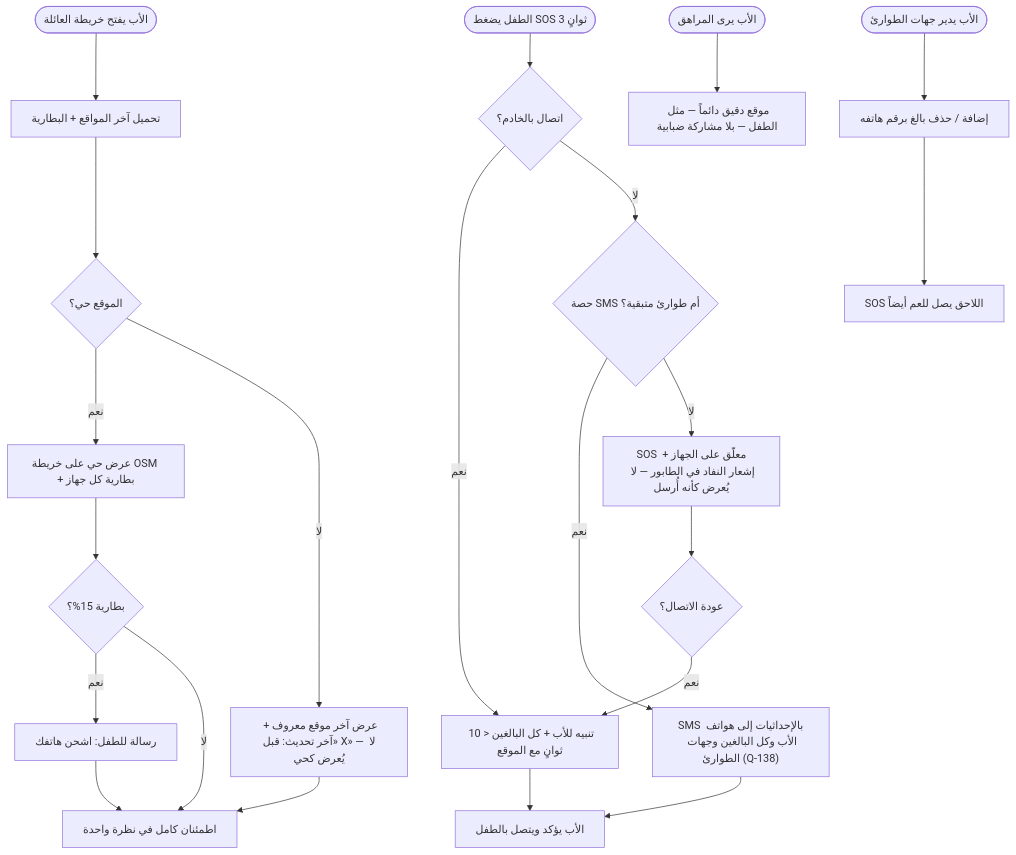
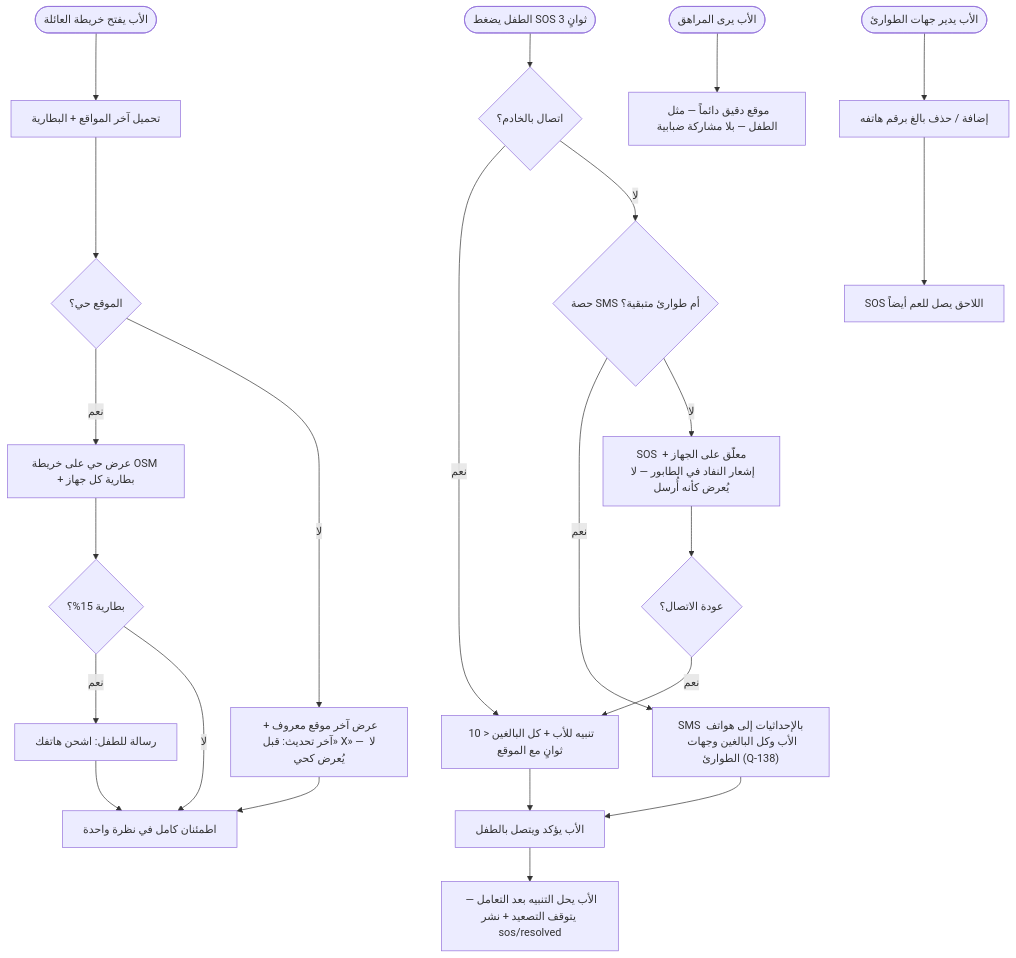
One commit to Bassam-mohammed-alqaeadi/family-os-v2 changed diagram 11 of 13 in docs/family-os/governance/phases/phase-1/S1-07-location-basic/DIAGRAMS.md. Above: the diagram before and after it, drawn with Mermaid. The commit also changed other lines of this file and 19 other files, not shown here.

````diff
--- a/docs/family-os/governance/phases/phase-1/S1-07-location-basic/DIAGRAMS.md
+++ b/docs/family-os/governance/phases/phase-1/S1-07-location-basic/DIAGRAMS.md
@@ -326,24 +360,25 @@
 ```mermaid
 flowchart TD
     Start([الأب يفتح خريطة العائلة]) --> Load[تحميل آخر المواقع + البطارية]
     Load --> Fresh{الموقع حي؟}
     Fresh -->|نعم| Live[عرض حي على خريطة OSM + بطارية كل جهاز]
     Fresh -->|لا| Stale["عرض آخر موقع معروف + «آخر تحديث: قبل X» — لا يُعرض كحي"]
     Live --> LowBatt{بطارية 15%؟}
     LowBatt -->|نعم| Msg[رسالة للطفل: اشحن هاتفك]
     LowBatt -->|لا| Watch[اطمئنان كامل في نظرة واحدة]
     Stale --> Watch
     Msg --> Watch
     Child([الطفل يضغط SOS 3 ثوانٍ]) --> Net{اتصال بالخادم؟}
     Net -->|نعم| Online[تنبيه للأب + كل البالغين < 10 ثوانٍ مع الموقع]
     Net -->|لا| Quota{حصة SMS أم طوارئ متبقية؟}
     Quota -->|نعم| SMS["SMS بالإحداثيات إلى هواتف الأب وكل البالغين وجهات الطوارئ (Q-138)"]
     Quota -->|لا| Pending[SOS معلّق على الجهاز + إشعار النفاد في الطابور — لا يُعرض كأنه أُرسل]
     Online --> Ack[الأب يؤكد ويتصل بالطفل]
+    Ack --> Resolve[الأب يحل التنبيه بعد التعامل — يتوقف التصعيد + نشر sos/resolved]
     SMS --> Ack
     Pending --> Reconnect{عودة الاتصال؟}
     Reconnect -->|نعم| Online
     Teen([الأب يرى المراهق]) --> Precise[موقع دقيق دائماً — مثل الطفل — بلا مشاركة ضبابية]
     Father2([الأب يدير جهات الطوارئ]) --> Contacts[إضافة / حذف بالغ برقم هاتفه]
     Contacts --> Next[SOS اللاحق يصل للعم أيضاً]
 ```
````
